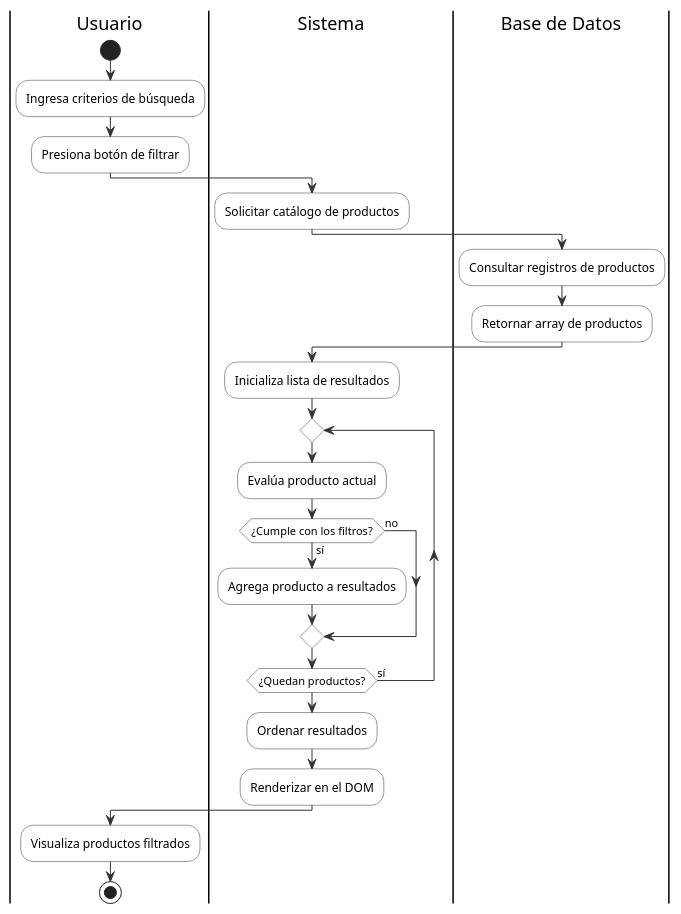
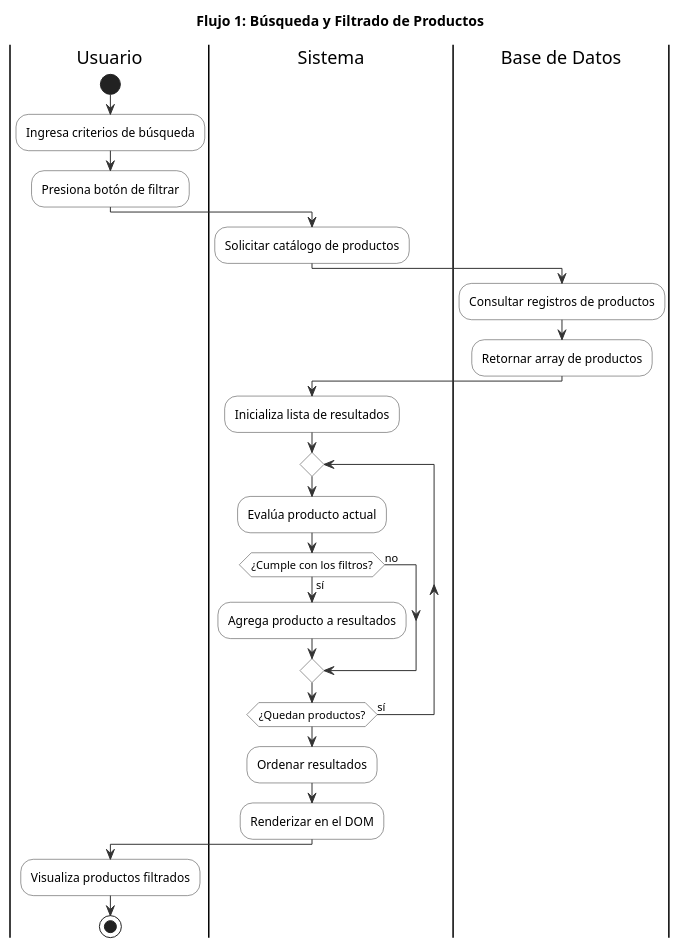
One commit to GonzaloBarbano/E-commerce changed the diagram in docs/05-diagramas/01-diagrama-de-actividades/actividad-flujo-1-busqueda.puml. Above: the diagram before and after it, drawn with PlantUML. The commit also changed 4 other files, not shown here.

```diff
--- a/docs/05-diagramas/01-diagrama-de-actividades/actividad-flujo-1-busqueda.puml
+++ b/docs/05-diagramas/01-diagrama-de-actividades/actividad-flujo-1-busqueda.puml
@@ -1,33 +1,34 @@
 @startuml flujo-1-busqueda
+title Flujo 1: Búsqueda y Filtrado de Productos
 skinparam ActivityBackgroundColor #FFFFFF
 skinparam ActivityBorderColor #333333
 skinparam ArrowColor #333333
 
 |Usuario|
 start
 :Ingresa criterios de búsqueda;
 :Presiona botón de filtrar;
 
 |Sistema|
 :Solicitar catálogo de productos;
 
 |Base de Datos|
 :Consultar registros de productos;
 :Retornar array de productos;
 
 |Sistema|
 :Inicializa lista de resultados;
 repeat
   :Evalúa producto actual;
   if (¿Cumple con los filtros?) then (sí)
     :Agrega producto a resultados;
   else (no)
   endif
 repeat while (¿Quedan productos?) is (sí)
 :Ordenar resultados;
 :Renderizar en el DOM;
 
 |Usuario|
 :Visualiza productos filtrados;
 stop
 @enduml
```
